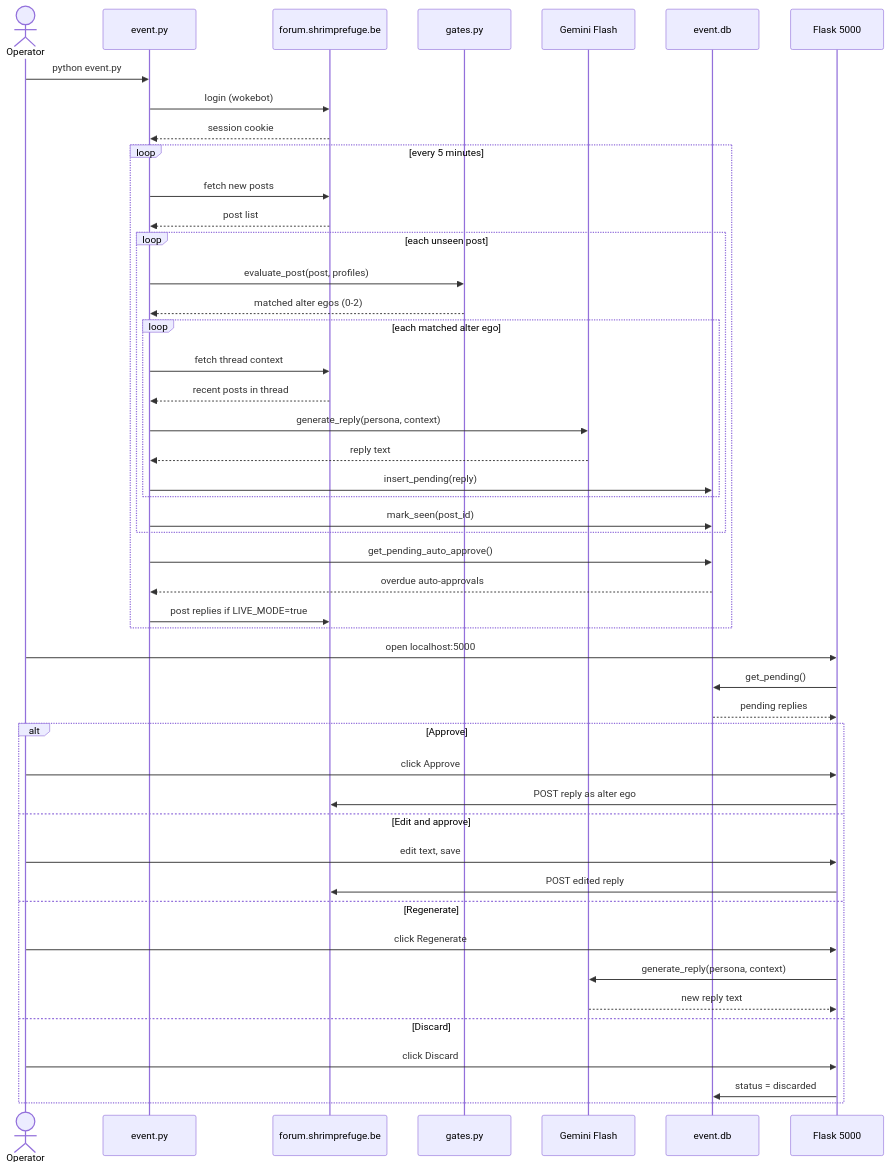
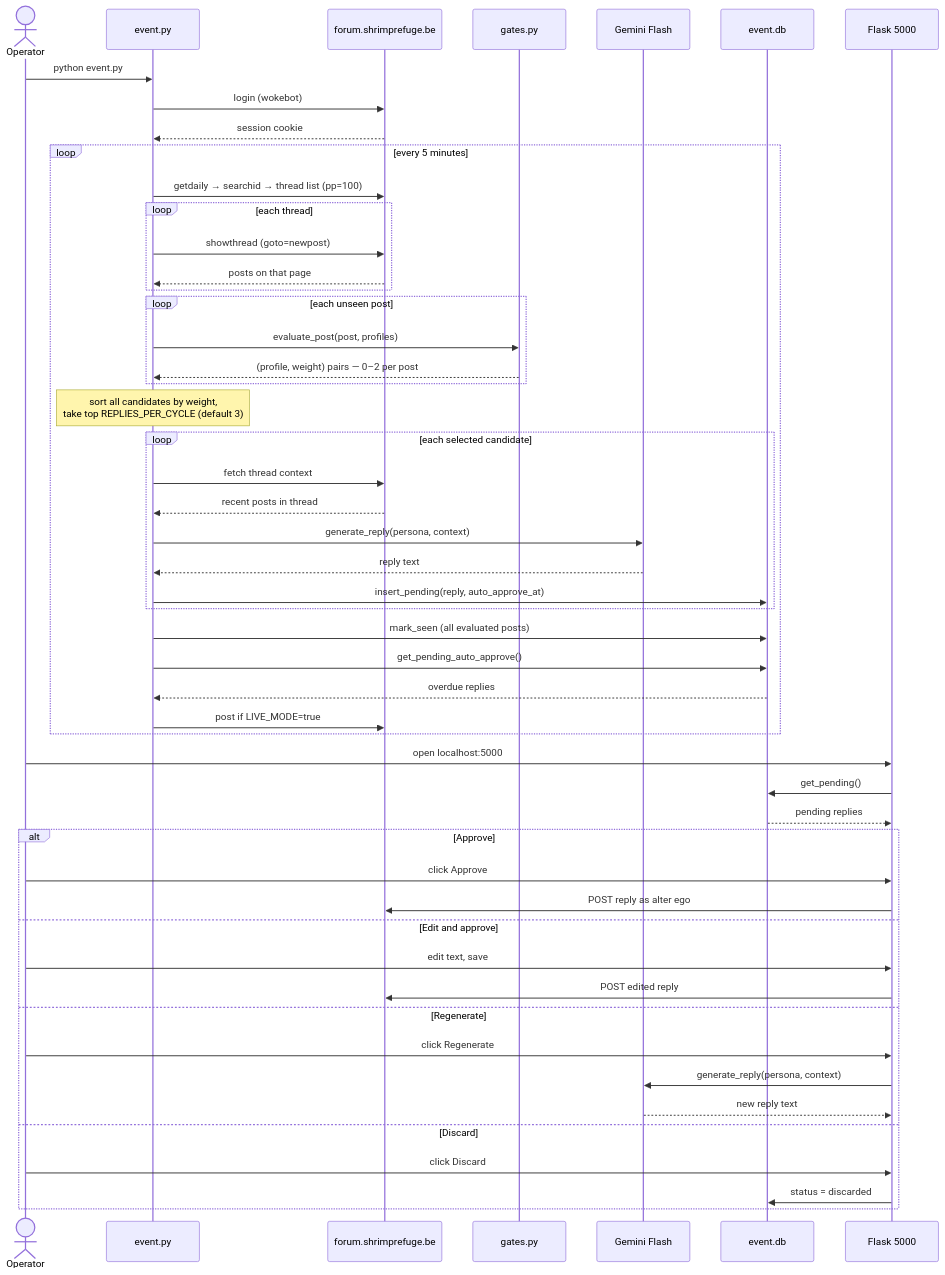
Before and after one commit to bavobbr/forum-community-simulator: the second of 4 diagrams in README.md, drawn with Mermaid. The commit also changed other lines of this file, not shown here.

Commit message:
docs: document reply selection process with flow diagram in README

````diff
--- a/README.md
+++ b/README.md
@@ -72,57 +72,61 @@
 ```mermaid
 sequenceDiagram
     actor Operator
     participant EP as event.py
     participant Forum as forum.shrimprefuge.be
     participant Gates as gates.py
     participant Gemini as Gemini Flash
     participant DB as event.db
     participant WebUI as Flask 5000
 
     Operator->>EP: python event.py
     EP->>Forum: login (wokebot)
     Forum-->>EP: session cookie
 
     loop every 5 minutes
-        EP->>Forum: fetch new posts
-        Forum-->>EP: post list
+        EP->>Forum: getdaily → searchid → thread list (pp=100)
+        loop each thread
+            EP->>Forum: showthread (goto=newpost)
+            Forum-->>EP: posts on that page
+        end
 
         loop each unseen post
             EP->>Gates: evaluate_post(post, profiles)
-            Gates-->>EP: matched alter egos (0-2)
-
-            loop each matched alter ego
-                EP->>Forum: fetch thread context
-                Forum-->>EP: recent posts in thread
-                EP->>Gemini: generate_reply(persona, context)
-                Gemini-->>EP: reply text
-                EP->>DB: insert_pending(reply)
-            end
-
-            EP->>DB: mark_seen(post_id)
+            Gates-->>EP: (profile, weight) pairs — 0–2 per post
         end
 
+        Note over EP: sort all candidates by weight,<br/>take top REPLIES_PER_CYCLE (default 3)
+
+        loop each selected candidate
+            EP->>Forum: fetch thread context
+            Forum-->>EP: recent posts in thread
+            EP->>Gemini: generate_reply(persona, context)
+            Gemini-->>EP: reply text
+            EP->>DB: insert_pending(reply, auto_approve_at)
+        end
+
+        EP->>DB: mark_seen (all evaluated posts)
         EP->>DB: get_pending_auto_approve()
-        DB-->>EP: overdue auto-approvals
-        EP->>Forum: post replies if LIVE_MODE=true
+        DB-->>EP: overdue replies
+        EP->>Forum: post if LIVE_MODE=true
     end
 
     Operator->>WebUI: open localhost:5000
     WebUI->>DB: get_pending()
     DB-->>WebUI: pending replies
 
     alt Approve
         Operator->>WebUI: click Approve
         WebUI->>Forum: POST reply as alter ego
     else Edit and approve
         Operator->>WebUI: edit text, save
         WebUI->>Forum: POST edited reply
     else Regenerate
         Operator->>WebUI: click Regenerate
         WebUI->>Gemini: generate_reply(persona, context)
         Gemini-->>WebUI: new reply text
     else Discard
         Operator->>WebUI: click Discard
         WebUI->>DB: status = discarded
     end
 ```
````
